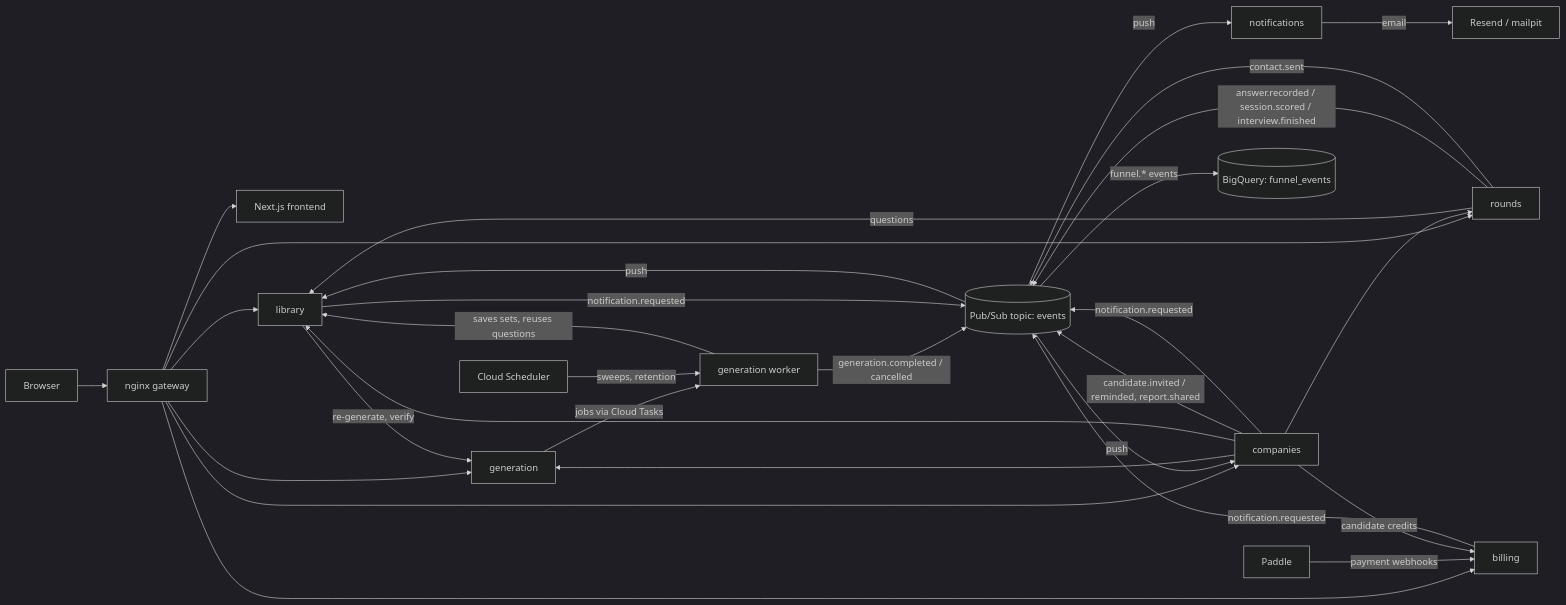
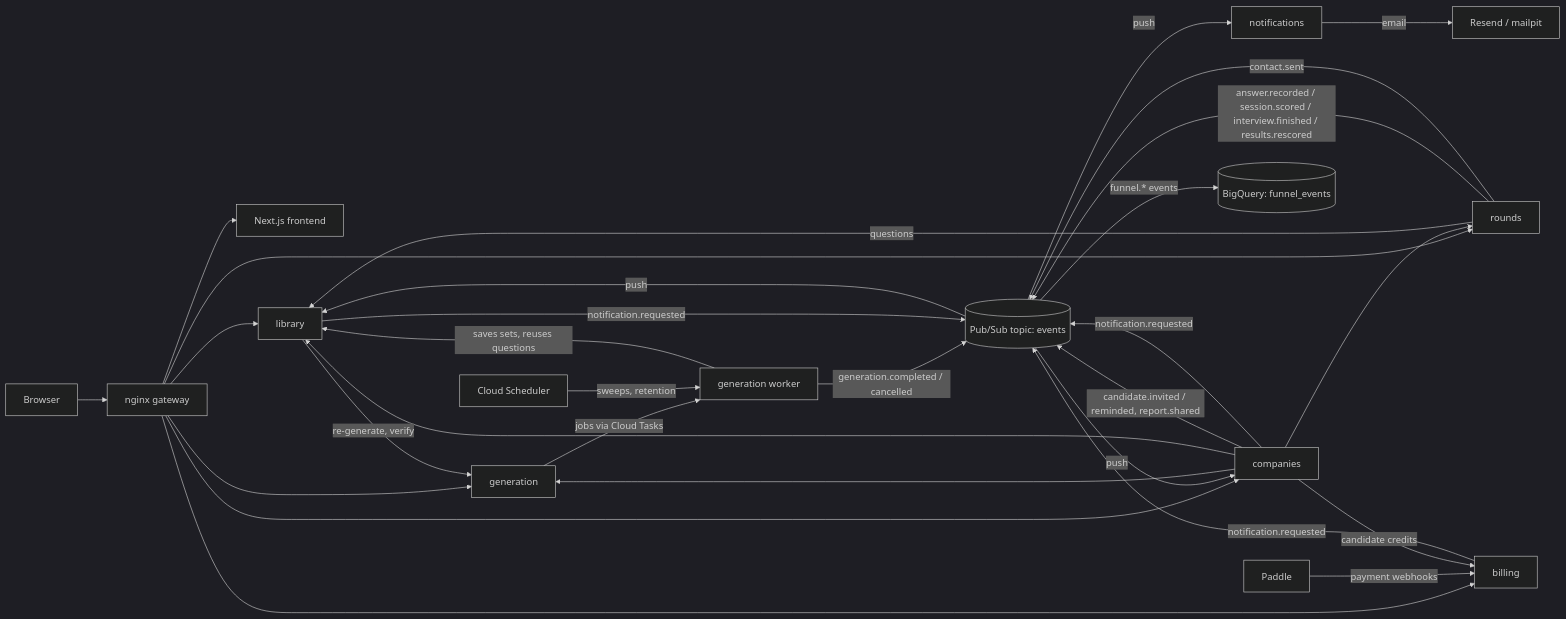
The diagram in README.md (Vilsky-Viktor/ai-interview-prep-platform), drawn with Mermaid (dark theme) before and after one commit. The commit also changed other lines of this file and 185 other files, not shown here.

````diff
--- a/README.md
+++ b/README.md
@@ -70,31 +70,31 @@
 ```mermaid
 flowchart LR
     browser[Browser] --> gateway[nginx gateway]
     gateway --> frontend[Next.js frontend]
     gateway --> library
     gateway --> generation
     gateway --> rounds
     gateway --> companies
     gateway --> billing
     paddle[Paddle] -- payment webhooks --> billing
 
     generation -- jobs via Cloud Tasks --> worker[generation worker]
     scheduler[Cloud Scheduler] -- sweeps, retention --> worker
     worker -- saves sets, reuses questions --> library
     library -- re-generate, verify --> generation
     rounds -- questions --> library
     companies --> generation
     companies --> library
     companies --> rounds
     companies -- candidate credits --> billing
 
-    rounds -- answer.recorded / session.scored / interview.finished --> pubsub[(Pub/Sub topic: events)]
+    rounds -- answer.recorded / session.scored / interview.finished / results.rescored --> pubsub[(Pub/Sub topic: events)]
     worker -- generation.completed / cancelled --> pubsub
     companies -- candidate.invited / reminded, report.shared --> pubsub
     rounds -- contact.sent --> pubsub
     library & companies & billing -- notification.requested --> pubsub
     pubsub -- push --> library
     pubsub -- push --> companies
     pubsub -- push --> notifications -- email --> smtp[Resend / mailpit]
     pubsub -- funnel.* events --> bigquery[(BigQuery: funnel_events)]
 ```
````
